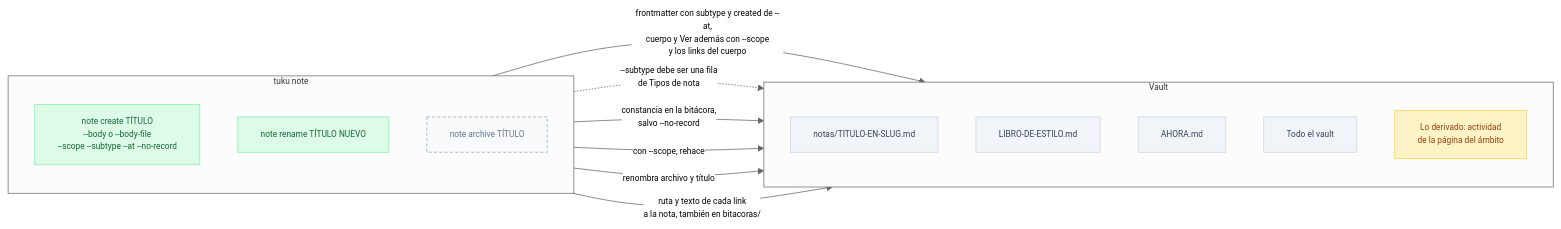
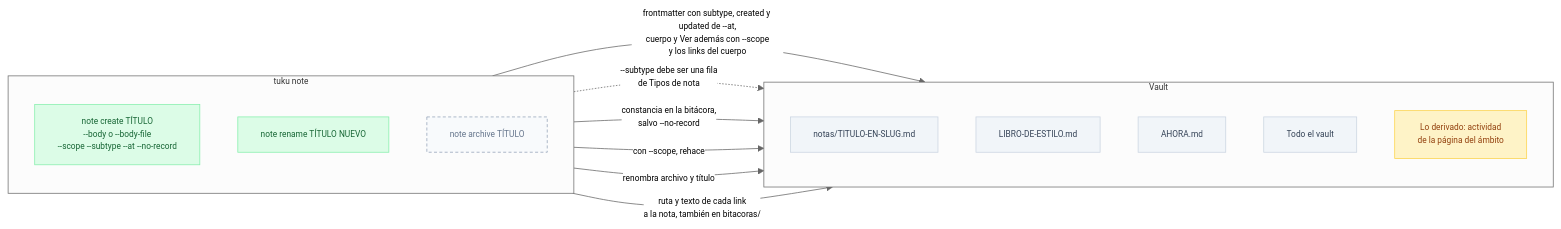
One commit to pewma-ai/tuku changed the sixth of 8 diagrams in spec/tuku.md. Above: the diagram before and after it, drawn with Mermaid. The commit also changed 9 other files, not shown here.

````diff
--- a/spec/tuku.md
+++ b/spec/tuku.md
@@ -245,34 +245,34 @@
 ```mermaid
 %%{init: {'flowchart': {'useMaxWidth': true}, 'theme': 'neutral', 'themeVariables': {'fontSize': '11px'}}}%%
 flowchart LR
     subgraph CMD["tuku note"]
         direction TB
         NC["note create TÍTULO<br/>--body o --body-file<br/>--scope --subtype --at --no-record"]
         NR["note rename TÍTULO NUEVO"]
         NA["note archive TÍTULO"]
     end
     subgraph VAULT["Vault"]
         direction TB
         NO["notas/TITULO-EN-SLUG.md"]
         LE["LIBRO-DE-ESTILO.md"]
         AH["AHORA.md"]
         VA["Todo el vault"]
         DER["Lo derivado: actividad<br/>de la página del ámbito"]
     end
 
-    NC -->|"frontmatter con subtype y created de --at,<br/>cuerpo y Ver además con --scope<br/>y los links del cuerpo"| NO
+    NC -->|"frontmatter con subtype, created y updated de --at,<br/>cuerpo y Ver además con --scope<br/>y los links del cuerpo"| NO
     NC -.->|"--subtype debe ser una fila<br/>de Tipos de nota"| LE
     NC -->|"constancia en la bitácora,<br/>salvo --no-record"| AH
     NC -->|"con --scope, rehace"| DER
     NR -->|"renombra archivo y título"| NO
     NR -->|"ruta y texto de cada link<br/>a la nota, también en bitacoras/"| VA
 
     classDef escribe fill:#dcfce7,color:#166534,stroke:#86efac
     classDef pendiente fill:#f8fafc,color:#64748b,stroke:#94a3b8,stroke-dasharray: 4 3
     classDef archivo fill:#f1f5f9,color:#334155,stroke:#cbd5e1
     classDef derivado fill:#fef3c7,color:#92400e,stroke:#fcd34d
     class NC,NR escribe
     class NA pendiente
     class NO,LE,AH,VA archivo
     class DER derivado
 ```
````
